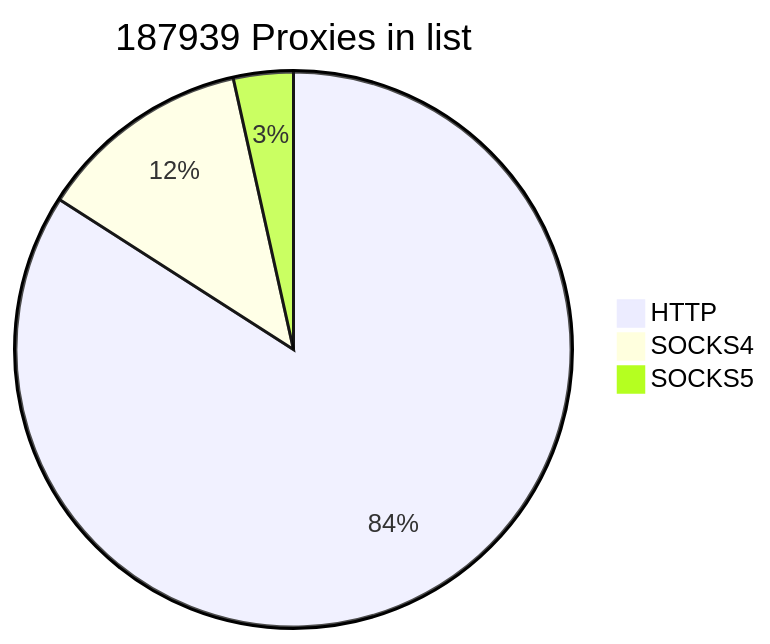
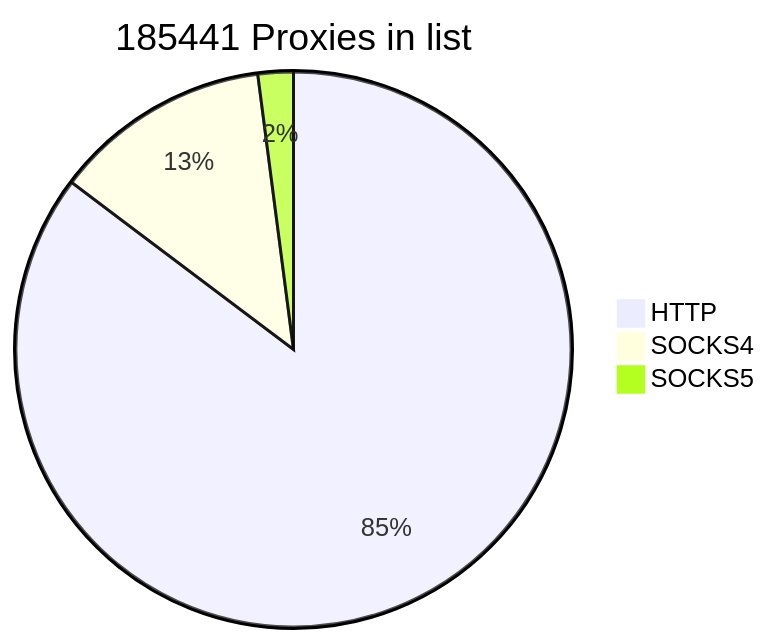
The first of 2 diagrams in README.md (cutipu/proxylist), drawn with Mermaid before and after one commit. The commit also changed other lines of this file, not shown here.

````diff
--- a/README.md
+++ b/README.md
@@ -2,7 +2,7 @@
 ```mermaid
-pie title 187939 Proxies in list
-    "HTTP" : 158009
-    "SOCKS4" : 23389
-    "SOCKS5" : 6541
+pie title 185441 Proxies in list
+    "HTTP" : 158133
+    "SOCKS4" : 23494
+    "SOCKS5" : 3814
             
 ```
````
